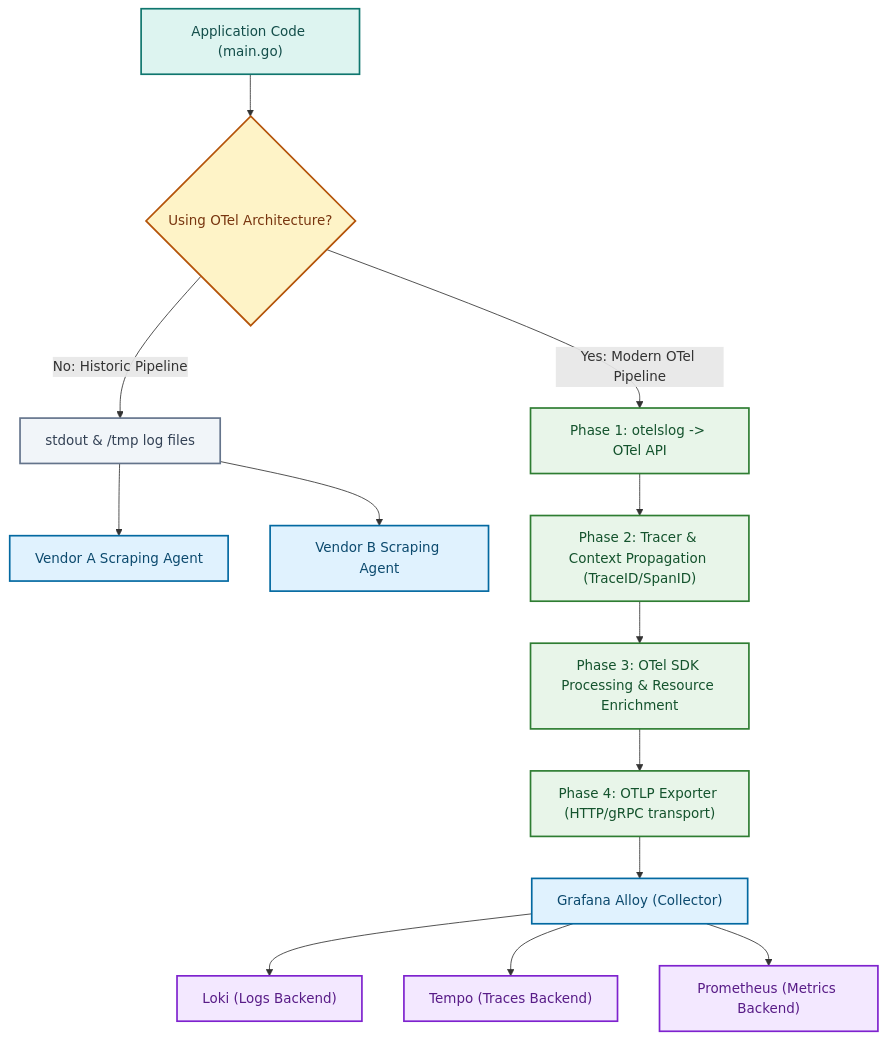
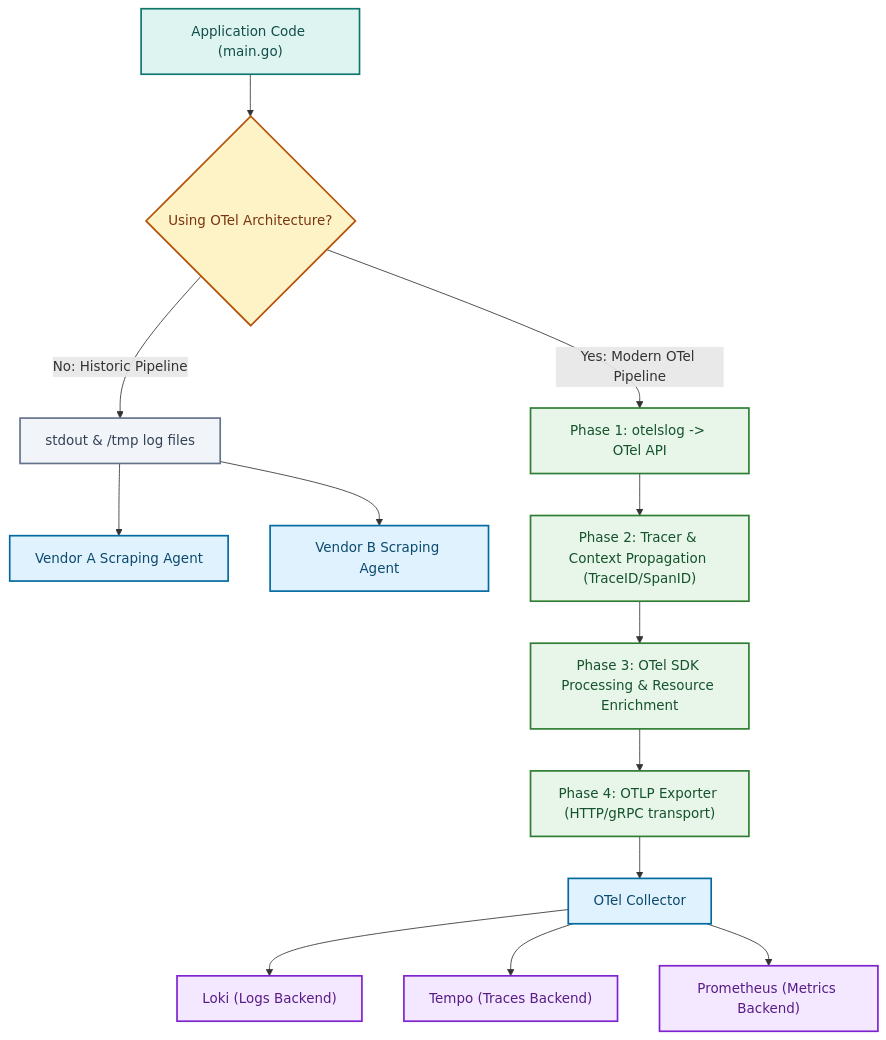
Before and after one commit to shawnfrost25/kimishinu-onigiri-bridge: the diagram in docs/concepts/telemetry/open_telemetry.md, drawn with Mermaid. The commit also changed other lines of this file and 3 other files, not shown here.

````diff
--- a/docs/concepts/telemetry/open_telemetry.md
+++ b/docs/concepts/telemetry/open_telemetry.md
@@ -20,33 +17,33 @@
 ```mermaid
 flowchart TD
     App["Application Code (main.go)"] --> OldWay{"Using OTel Architecture?"}
     
     OldWay -->|No: Historic Pipeline| Stdout["stdout & /tmp log files"]
     Stdout --> AgentA["Vendor A Scraping Agent"]
     Stdout --> AgentB["Vendor B Scraping Agent"]
     
     OldWay -->|Yes: Modern OTel Pipeline| P1["Phase 1: otelslog -> OTel API"]
     P1 --> P2["Phase 2: Tracer & Context Propagation (TraceID/SpanID)"]
     P2 --> P3["Phase 3: OTel SDK Processing & Resource Enrichment"]
     P3 --> P4["Phase 4: OTLP Exporter (HTTP/gRPC transport)"]
-    P4 --> Alloy["Grafana Alloy (Collector)"]
+    P4 --> Collector["OTel Collector"]
     
-    Alloy --> Loki["Loki (Logs Backend)"]
-    Alloy --> Tempo["Tempo (Traces Backend)"]
-    Alloy --> Prom["Prometheus (Metrics Backend)"]
+    Collector --> Loki["Loki (Logs Backend)"]
+    Collector --> Tempo["Tempo (Traces Backend)"]
+    Collector --> Prom["Prometheus (Metrics Backend)"]
 
     style App fill:#DDF4F0,stroke:#0F766E,color:#134E4A,stroke-width:2px
     style OldWay fill:#FEF3C7,stroke:#B45309,color:#78350F,stroke-width:2px
     style Stdout fill:#F1F5F9,stroke:#64748B,color:#334155,stroke-width:2px
     style AgentA fill:#E0F2FE,stroke:#0369A1,color:#0C4A6E,stroke-width:2px
     style AgentB fill:#E0F2FE,stroke:#0369A1,color:#0C4A6E,stroke-width:2px
     style P1 fill:#E8F5E9,stroke:#2E7D32,color:#14532D,stroke-width:2px
     style P2 fill:#E8F5E9,stroke:#2E7D32,color:#14532D,stroke-width:2px
     style P3 fill:#E8F5E9,stroke:#2E7D32,color:#14532D,stroke-width:2px
     style P4 fill:#E8F5E9,stroke:#2E7D32,color:#14532D,stroke-width:2px
-    style Alloy fill:#E0F2FE,stroke:#0369A1,color:#0C4A6E,stroke-width:2px
+    style Collector fill:#E0F2FE,stroke:#0369A1,color:#0C4A6E,stroke-width:2px
     style Loki fill:#F3E8FF,stroke:#7E22CE,color:#581C87,stroke-width:2px
     style Tempo fill:#F3E8FF,stroke:#7E22CE,color:#581C87,stroke-width:2px
     style Prom fill:#F3E8FF,stroke:#7E22CE,color:#581C87,stroke-width:2px
 
 ```
````
